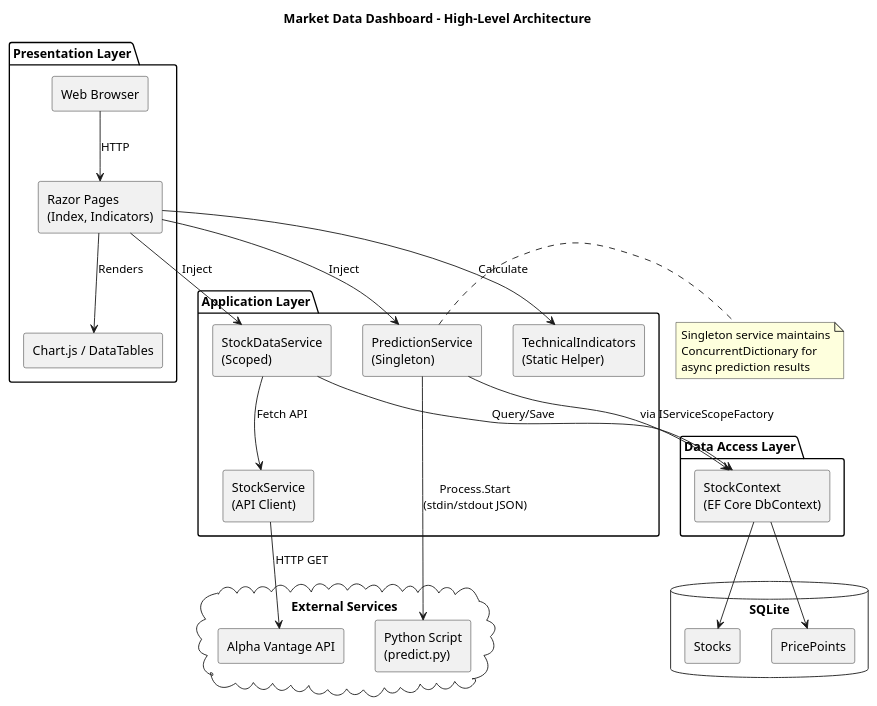
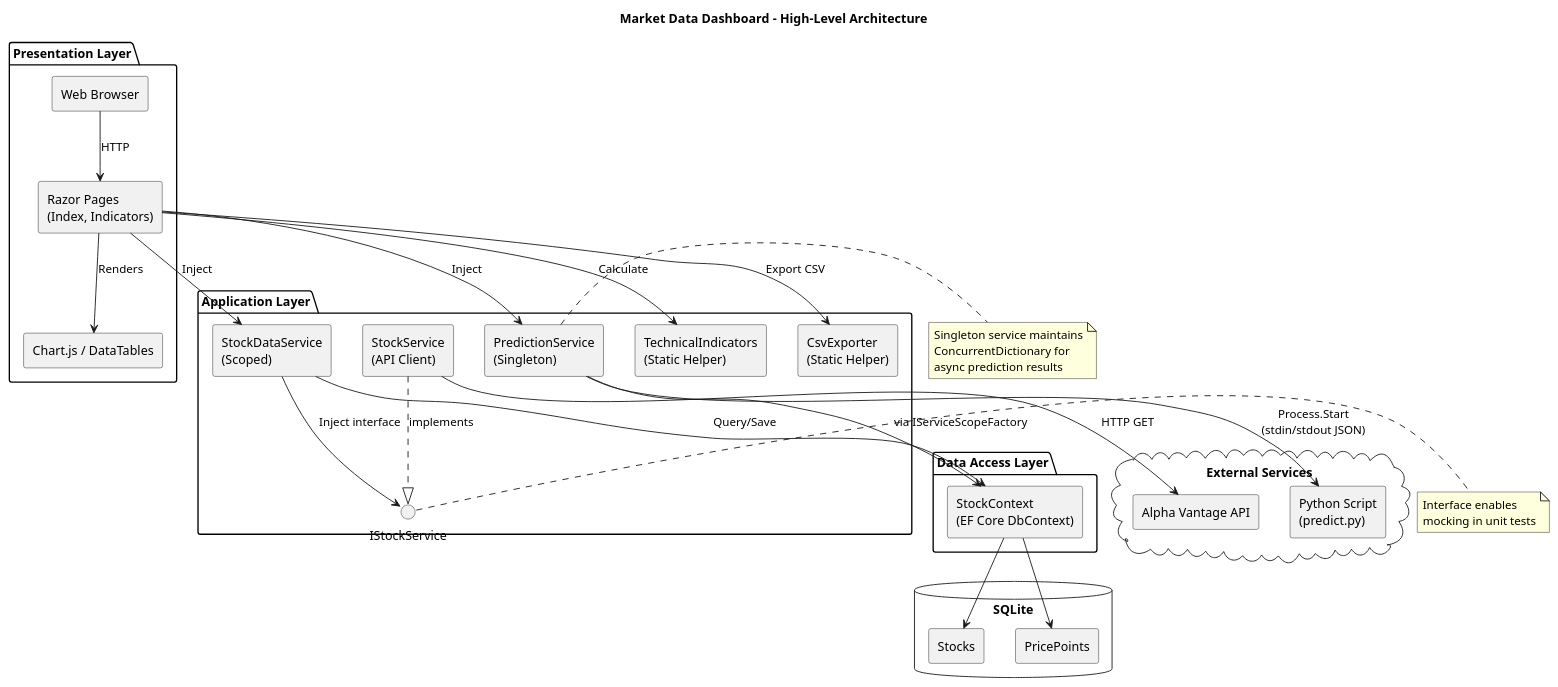
The diagram in CIS/Financial_data_dashboard/docs/architecture.puml (Loghic/FJFI-school), drawn with PlantUML before and after one commit. The commit also changed 3 other files, not shown here.

Commit message:
UPDATE readme and UML diagrams

```diff
--- a/CIS/Financial_data_dashboard/docs/architecture.puml
+++ b/CIS/Financial_data_dashboard/docs/architecture.puml
@@ -1,54 +1,64 @@
 @startuml architecture
 title Market Data Dashboard - High-Level Architecture
 
 skinparam componentStyle rectangle
 
 package "Presentation Layer" {
   [Web Browser] as Browser
   [Razor Pages\n(Index, Indicators)] as Pages
   [Chart.js / DataTables] as Charts
 }
 
 package "Application Layer" {
+  interface "IStockService" as IStockSvc
   [StockService\n(API Client)] as StockSvc
   [StockDataService\n(Scoped)] as DataSvc
   [PredictionService\n(Singleton)] as PredSvc
   [TechnicalIndicators\n(Static Helper)] as Indicators
+  [CsvExporter\n(Static Helper)] as CsvExp
 }
 
 package "Data Access Layer" {
   [StockContext\n(EF Core DbContext)] as DbContext
 }
 
 database "SQLite" {
   [Stocks] as StocksTable
   [PricePoints] as PriceTable
 }
 
 cloud "External Services" {
   [Alpha Vantage API] as API
   [Python Script\n(predict.py)] as Python
 }
 
 Browser --> Pages : HTTP
 Pages --> Charts : Renders
 Pages --> DataSvc : Inject
 Pages --> PredSvc : Inject
 Pages --> Indicators : Calculate
+Pages --> CsvExp : Export CSV
 
-DataSvc --> StockSvc : Fetch API
+StockSvc ..|> IStockSvc : implements
+DataSvc --> IStockSvc : Inject interface
 DataSvc --> DbContext : Query/Save
 StockSvc --> API : HTTP GET
 
 PredSvc --> DbContext : via IServiceScopeFactory
 PredSvc --> Python : Process.Start\n(stdin/stdout JSON)
 
 DbContext --> StocksTable
 DbContext --> PriceTable
 
 note right of PredSvc
   Singleton service maintains
   ConcurrentDictionary for
   async prediction results
 end note
+
+note right of IStockSvc
+  Interface enables
+  mocking in unit tests
+end note
+
 @enduml
```
